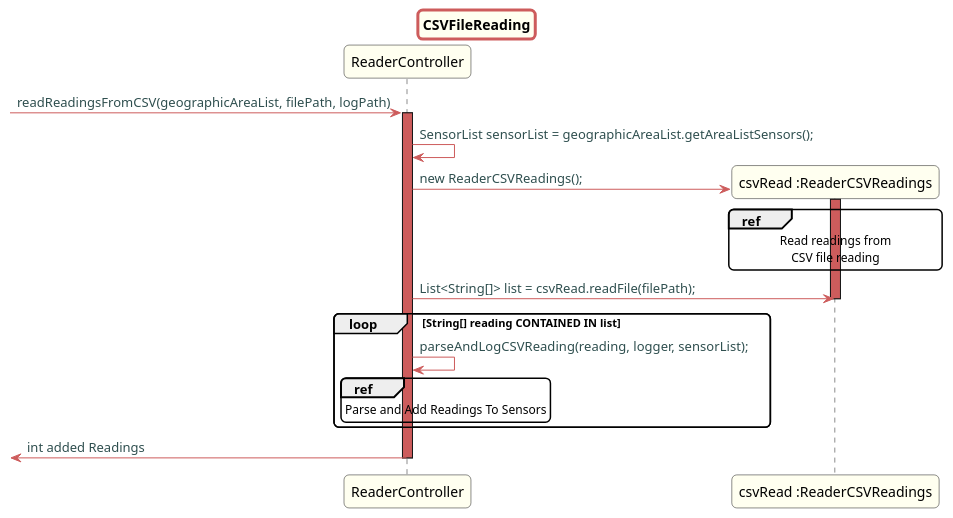
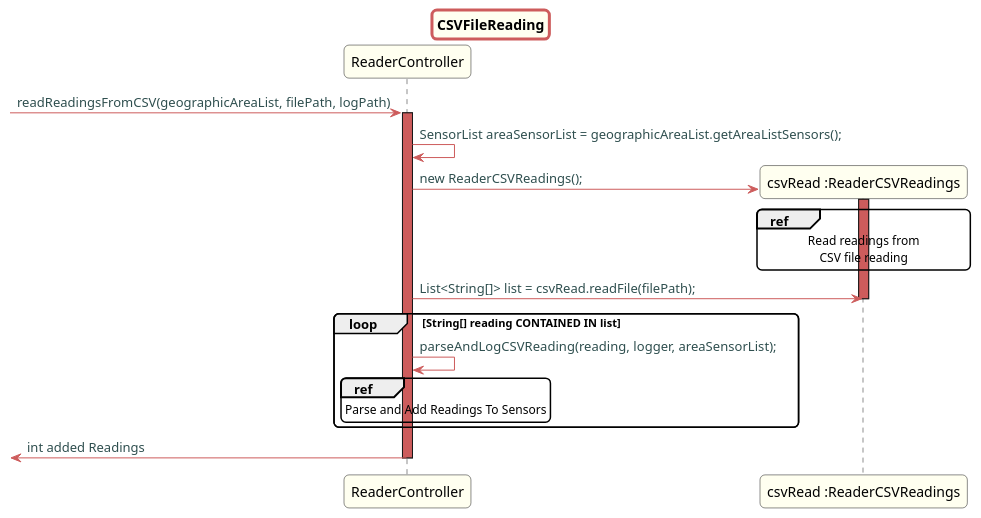
Before and after one commit to Almadanmp/project: the diagram in src/doc/Controllers/HouseConfiguration/US20v2/CSV/CSVFileReading.puml, drawn with PlantUML. The commit also changed 39 other files, not shown here.

Commit message:
REF#203 REF#197 renames SensorList to AreaSensorList

```diff
--- a/src/doc/Controllers/HouseConfiguration/US20v2/CSV/CSVFileReading.puml
+++ b/src/doc/Controllers/HouseConfiguration/US20v2/CSV/CSVFileReading.puml
@@ -1,56 +1,56 @@
 @startuml
 
 skinparam titleBorderRoundCorner 10
 skinparam titleBorderThickness 3
 skinparam titleBorderColor indianred
 skinparam titleBackgroundColor ivory
 skinparam FontName quicksand
 
 skinparam actor {
   BorderColor indianred
   }
 
 skinparam sequence {
   LifeLineBackgroundColor indianred
   ParticipantBackgroundColor ivory
 }
 
 skinparam roundcorner 10
 
 skinparam component {
   arrowThickness 1
   ArrowFontName Verdana
   ArrowColor indianred
   ArrowFontColor darkslategrey
 }
 
 
 
 title CSVFileReading
 -> ReaderController: readReadingsFromCSV(geographicAreaList, filePath, logPath)
 activate ReaderController
 
-ReaderController -> ReaderController: SensorList sensorList = geographicAreaList.getAreaListSensors();
+ReaderController -> ReaderController: SensorList areaSensorList = geographicAreaList.getAreaListSensors();
 create "csvRead :ReaderCSVReadings"
 ReaderController -> "csvRead :ReaderCSVReadings": new ReaderCSVReadings();
 activate "csvRead :ReaderCSVReadings"
 ref over "csvRead :ReaderCSVReadings"
 Read readings from
 CSV file reading
 end ref
 ReaderController -> "csvRead :ReaderCSVReadings": List<String[]> list = csvRead.readFile(filePath);
 
 deactivate "csvRead :ReaderCSVReadings"
 
 loop  String[] reading CONTAINED IN list
-ReaderController -> ReaderController: parseAndLogCSVReading(reading, logger, sensorList);
+ReaderController -> ReaderController: parseAndLogCSVReading(reading, logger, areaSensorList);
 ref over ReaderController
 Parse and Add Readings To Sensors
 end ref
 
 end
 
 <- ReaderController: int added Readings
 deactivate "ReaderController"
 
 @enduml
```
